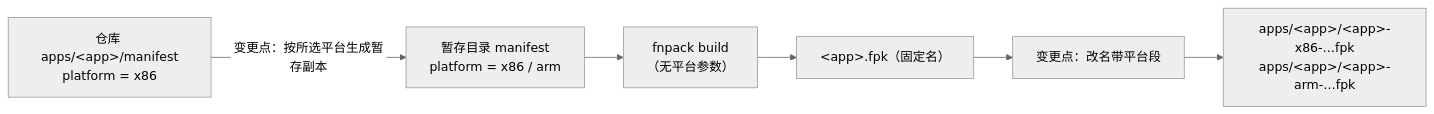
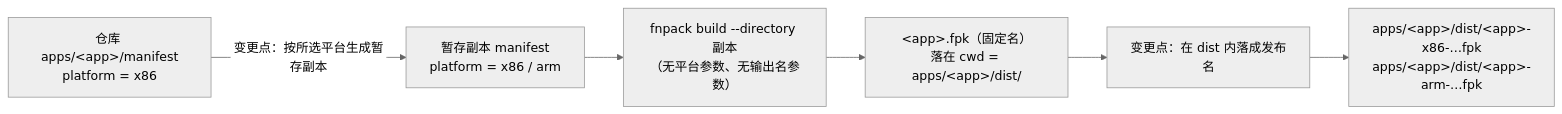
The first of 3 diagrams in docs/plans/PLAN-FNOS-044-fpk-platform-selection.md (FNOSP/fnos-dsh), drawn with Mermaid (neutral theme) before and after one commit. The commit also changed other lines of this file and 20 other files, not shown here.

First line of the commit message:
feat(build): 产物落 dist 目录并在每次构建前清空

````diff
--- a/docs/plans/PLAN-FNOS-044-fpk-platform-selection.md
+++ b/docs/plans/PLAN-FNOS-044-fpk-platform-selection.md
@@ -41,8 +42,8 @@
 ```mermaid
 flowchart LR
-  Repo["仓库 apps/&lt;app&gt;/manifest<br/>platform = x86"] -->|"变更点：按所选平台生成暂存副本"| Stage["暂存目录 manifest<br/>platform = x86 / arm"]
-  Stage --> Fnpack["fnpack build<br/>（无平台参数）"]
-  Fnpack --> Fixed["&lt;app&gt;.fpk（固定名）"]
-  Fixed --> Rename["变更点：改名带平台段"]
-  Rename --> Out["apps/&lt;app&gt;/&lt;app&gt;-x86-…fpk<br/>apps/&lt;app&gt;/&lt;app&gt;-arm-…fpk"]
+  Repo["仓库 apps/&lt;app&gt;/manifest<br/>platform = x86"] -->|"变更点：按所选平台生成暂存副本"| Stage["暂存副本 manifest<br/>platform = x86 / arm"]
+  Stage --> Fnpack["fnpack build --directory 副本<br/>（无平台参数、无输出名参数）"]
+  Fnpack --> Fixed["&lt;app&gt;.fpk（固定名）<br/>落在 cwd = apps/&lt;app&gt;/dist/"]
+  Fixed --> Finalize["变更点：在 dist 内落成发布名"]
+  Finalize --> Out["apps/&lt;app&gt;/dist/&lt;app&gt;-x86-…fpk<br/>apps/&lt;app&gt;/dist/&lt;app&gt;-arm-…fpk"]
 ```
````
